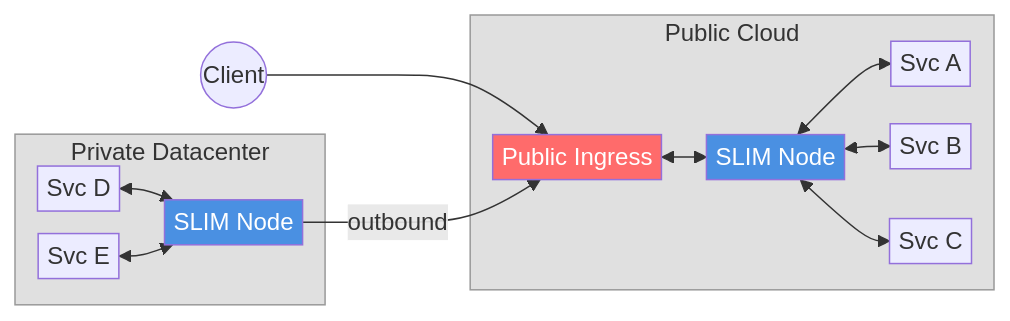
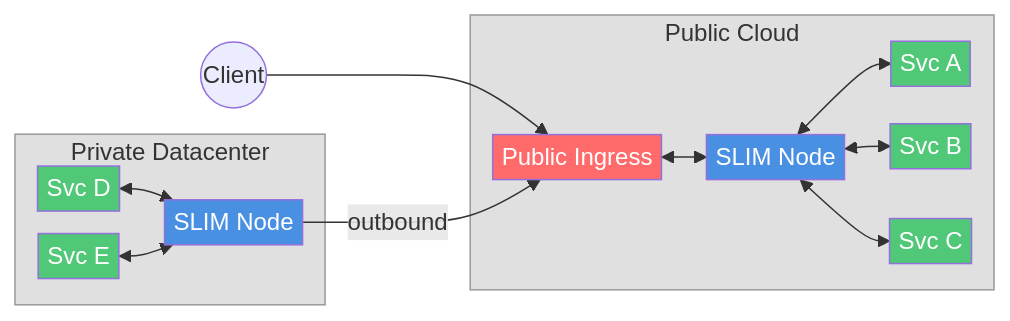
Before and after one commit to agntcy/blogs: the first of 6 diagrams in presentations/slim-multicluster-demo/slim-multicluster-demo.md, drawn with Mermaid. The commit also changed other lines of this file, not shown here.

````diff
--- a/presentations/slim-multicluster-demo/slim-multicluster-demo.md
+++ b/presentations/slim-multicluster-demo/slim-multicluster-demo.md
@@ -46,21 +46,26 @@
 ```mermaid
 %%{init: {'flowchart': {'nodeSpacing': 15, 'rankSpacing': 30, 'padding': 3}}}%%
 graph LR
     subgraph PRV["Private Datacenter"]
         S4[Svc D] <--> SN2[SLIM Node]
         S5[Svc E] <--> SN2
     end
     subgraph PUB["Public Cloud"]
         IG[Public Ingress] <--> SN1[SLIM Node]
         SN1 <--> S1[Svc A]
         SN1 <--> S2[Svc B]
         SN1 <--> S3[Svc C]
     end
     C((Client)) --> IG
     SN2 -- "outbound" --> IG
     style IG fill:#FF6B6B,color:#fff
     style SN1 fill:#4A90E2,color:#fff
     style SN2 fill:#4A90E2,color:#fff
+    style S1 fill:#50C878,color:#fff
+    style S2 fill:#50C878,color:#fff
+    style S3 fill:#50C878,color:#fff
+    style S4 fill:#50C878,color:#fff
+    style S5 fill:#50C878,color:#fff
     style PUB fill:#e0e0e0,stroke:#999,color:#333
     style PRV fill:#e0e0e0,stroke:#999,color:#333
 ```
````
